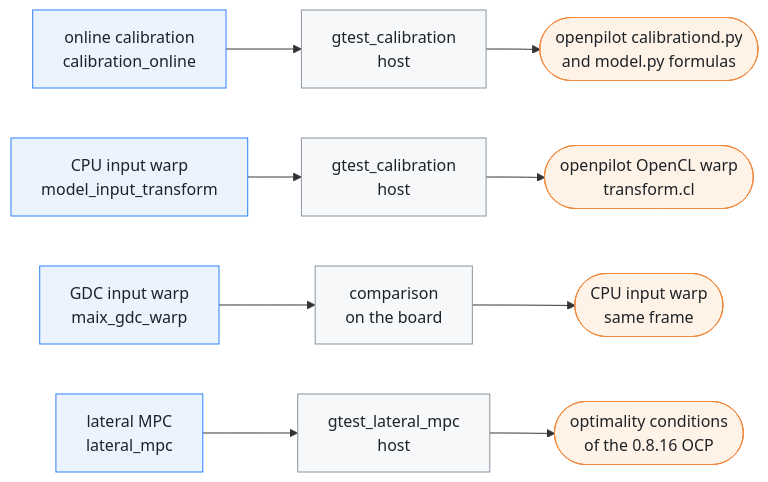
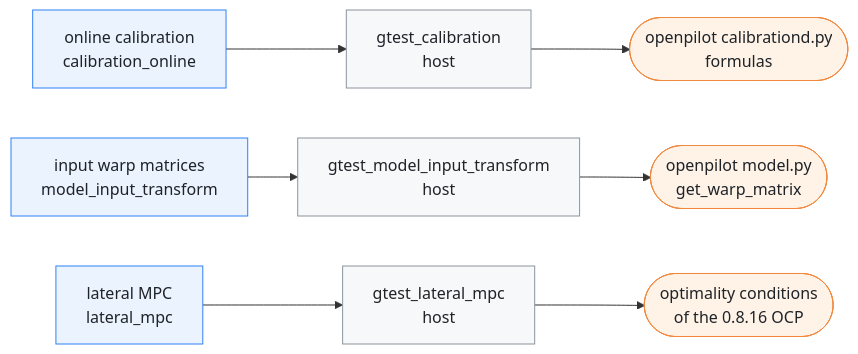
Before and after one commit to Deggory/edgepilot: the first of 3 diagrams in docs/verification.md, drawn with Mermaid. The commit also changed other lines of this file and 249 other files, not shown here.

````diff
--- a/docs/verification.md
+++ b/docs/verification.md
@@ -13,17 +13,15 @@
 ```mermaid
 flowchart LR
     online["online calibration<br>calibration_online"] --> t1["gtest_calibration<br>host"]
-    t1 --> r1(["openpilot calibrationd.py<br>and model.py formulas"])
-    cpu["CPU input warp<br>model_input_transform"] --> t2["gtest_calibration<br>host"]
-    t2 --> r2(["openpilot OpenCL warp<br>transform.cl"])
-    gdc["GDC input warp<br>maix_gdc_warp"] --> t3["comparison<br>on the board"]
-    t3 --> r3(["CPU input warp<br>same frame"])
-    mpc["lateral MPC<br>lateral_mpc"] --> t4["gtest_lateral_mpc<br>host"]
-    t4 --> r4(["optimality conditions<br>of the 0.8.16 OCP"])
+    t1 --> r1(["openpilot calibrationd.py<br>formulas"])
+    warp["input warp matrices<br>model_input_transform"] --> t2["gtest_model_input_transform<br>host"]
+    t2 --> r2(["openpilot model.py<br>get_warp_matrix"])
+    mpc["lateral MPC<br>lateral_mpc"] --> t3["gtest_lateral_mpc<br>host"]
+    t3 --> r3(["optimality conditions<br>of the 0.8.16 OCP"])
     classDef compute fill:#ebf3fe,stroke:#2f81f7,color:#1f2328
     classDef proc fill:#f6f8fa,stroke:#8b949e,color:#1f2328
     classDef external fill:#fff3e8,stroke:#f0883e,color:#1f2328
-    class online,cpu,gdc,mpc compute
-    class t1,t2,t3,t4 proc
-    class r1,r2,r3,r4 external
+    class online,warp,mpc compute
+    class t1,t2,t3 proc
+    class r1,r2,r3 external
 ```
````
